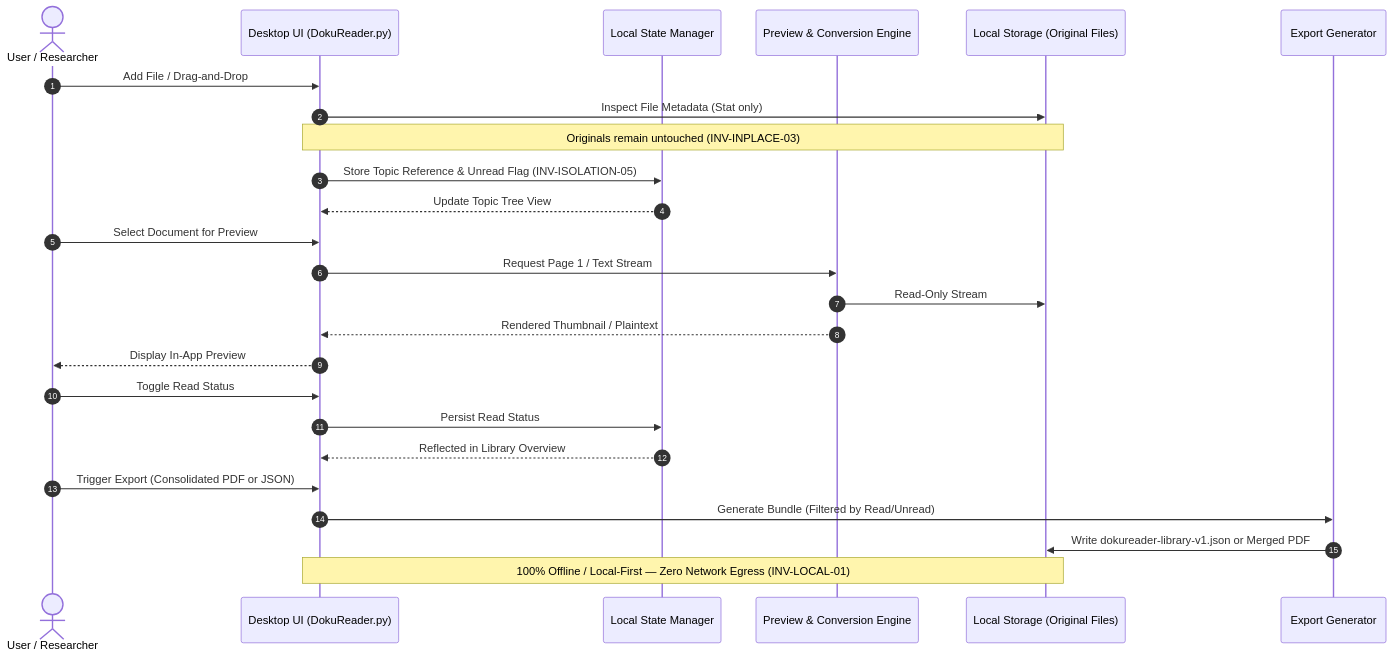
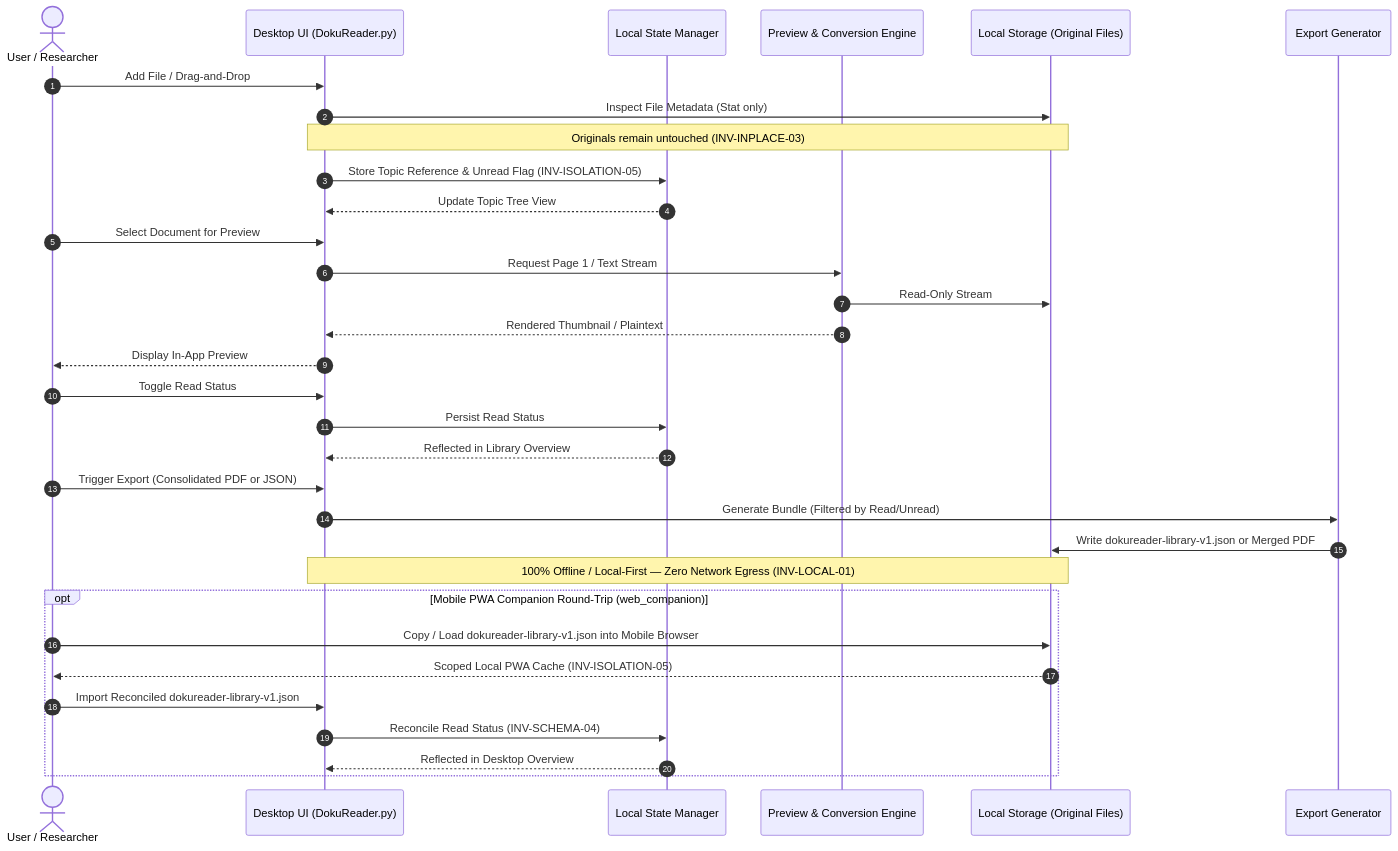
One commit to doc-bricks/DokuReader changed the second of 2 diagrams in README.md. Above: the diagram before and after it, drawn with Mermaid. The commit also changed other lines of this file and 6 other files, not shown here.

Commit message:
docs(marketing): Pfad B PWA companion lifecycle sequence, Level 1 SBOM Stand 2026-11-01 & contract tests (v1.0.1-dev frozen) [G 2026-11-01]

````diff
--- a/README.md
+++ b/README.md
@@ -269,31 +269,39 @@
 ```mermaid
 sequenceDiagram
     autonumber
     actor User as User / Researcher
     participant UI as Desktop UI (DokuReader.py)
     participant State as Local State Manager
     participant Engine as Preview & Conversion Engine
     participant Disk as Local Storage (Original Files)
     participant Output as Export Generator
 
     User->>UI: Add File / Drag-and-Drop
     UI->>Disk: Inspect File Metadata (Stat only)
     Note over UI,Disk: Originals remain untouched (INV-INPLACE-03)
     UI->>State: Store Topic Reference & Unread Flag (INV-ISOLATION-05)
     State-->>UI: Update Topic Tree View
 
     User->>UI: Select Document for Preview
     UI->>Engine: Request Page 1 / Text Stream
     Engine->>Disk: Read-Only Stream
     Engine-->>UI: Rendered Thumbnail / Plaintext
     UI-->>User: Display In-App Preview
 
     User->>UI: Toggle Read Status
     UI->>State: Persist Read Status
     State-->>UI: Reflected in Library Overview
 
     User->>UI: Trigger Export (Consolidated PDF or JSON)
     UI->>Output: Generate Bundle (Filtered by Read/Unread)
     Output->>Disk: Write dokureader-library-v1.json or Merged PDF
     Note over UI,Disk: 100% Offline / Local-First — Zero Network Egress (INV-LOCAL-01)
+
+    opt Mobile PWA Companion Round-Trip (web_companion)
+        User->>Disk: Copy / Load dokureader-library-v1.json into Mobile Browser
+        Disk-->>User: Scoped Local PWA Cache (INV-ISOLATION-05)
+        User->>UI: Import Reconciled dokureader-library-v1.json
+        UI->>State: Reconcile Read Status (INV-SCHEMA-04)
+        State-->>UI: Reflected in Desktop Overview
+    end
 ```
````
